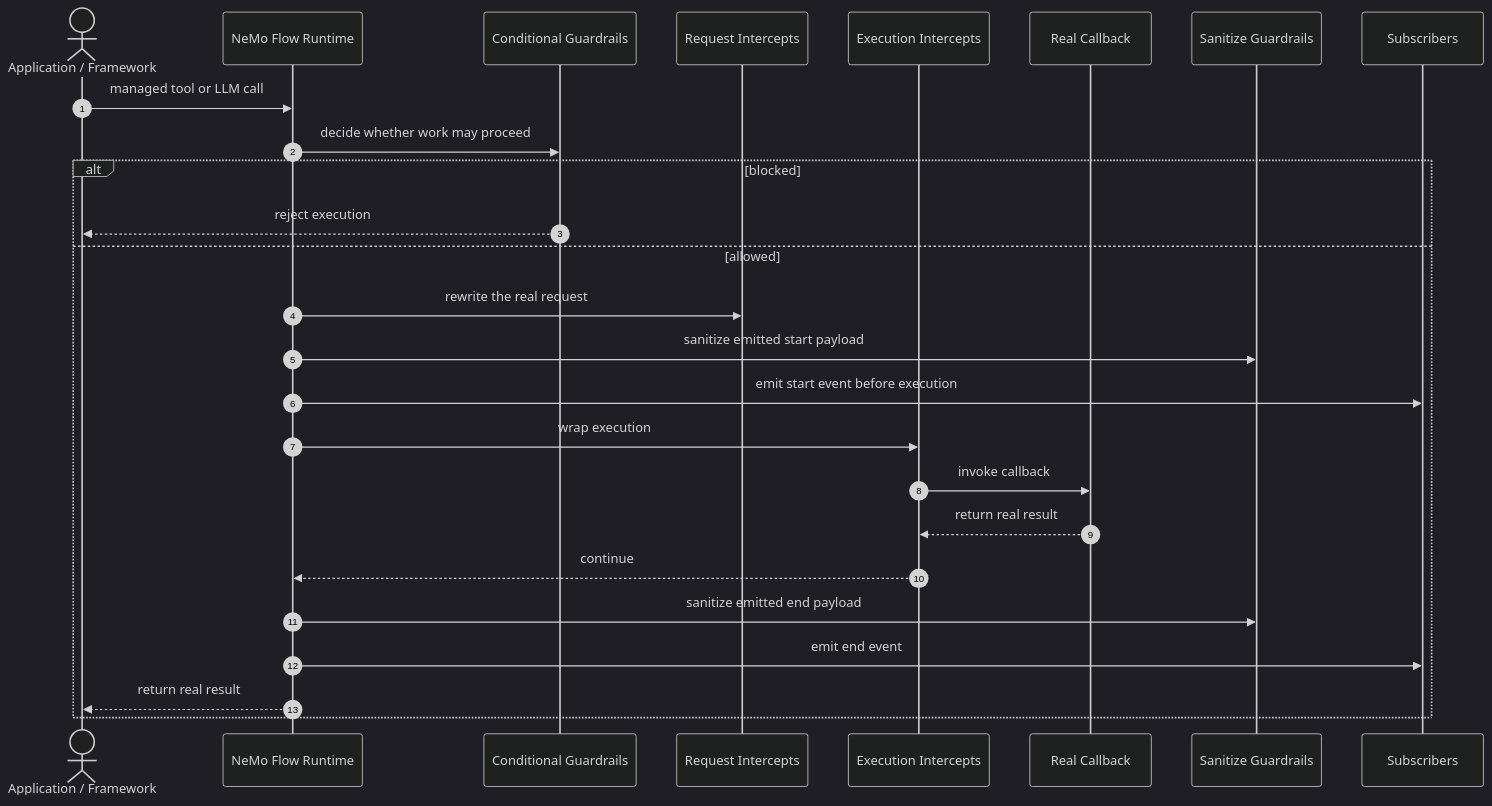
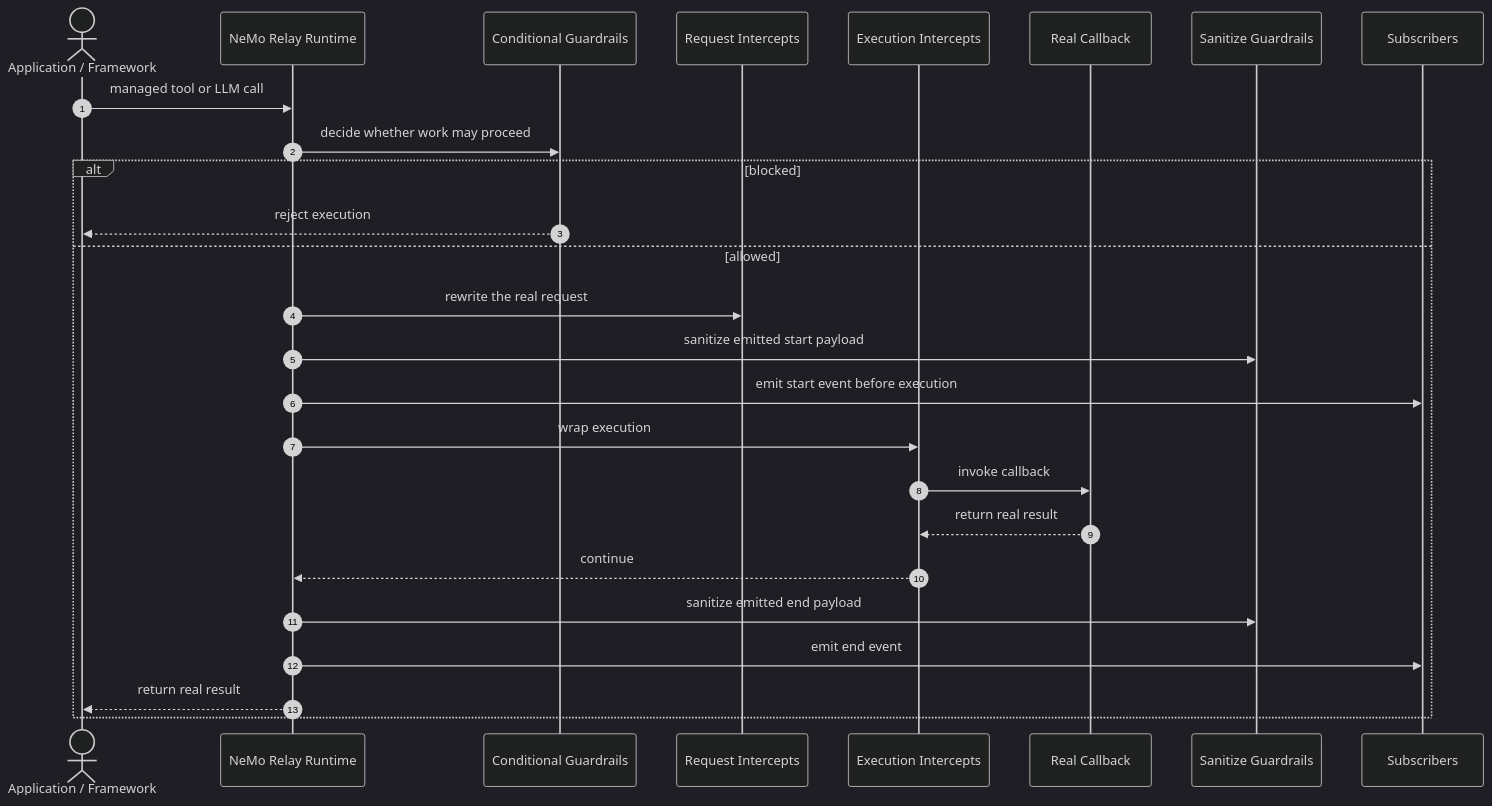
One commit to NVIDIA/NeMo-Relay changed the first of 2 diagrams in docs/about/concepts/middleware.md. Above: the diagram before and after it, drawn with Mermaid (dark theme). The commit also changed other lines of this file and 715 other files, not shown here.

````diff
--- a/docs/about/concepts/middleware.md
+++ b/docs/about/concepts/middleware.md
@@ -114,30 +114,30 @@
 ```{mermaid}
 sequenceDiagram
     autonumber
     actor Caller as Application / Framework
-    participant Runtime as NeMo Flow Runtime
+    participant Runtime as NeMo Relay Runtime
     participant Cond as Conditional Guardrails
     participant Req as Request Intercepts
     participant Exec as Execution Intercepts
     participant Callback as Real Callback
     participant San as Sanitize Guardrails
     participant Subs as Subscribers
 
     Caller->>Runtime: managed tool or LLM call
     Runtime->>Cond: decide whether work may proceed
 
     alt blocked
         Cond-->>Caller: reject execution
     else allowed
         Runtime->>Req: rewrite the real request
         Runtime->>San: sanitize emitted start payload
         Runtime->>Subs: emit start event before execution
         Runtime->>Exec: wrap execution
         Exec->>Callback: invoke callback
         Callback-->>Exec: return real result
         Exec-->>Runtime: continue
         Runtime->>San: sanitize emitted end payload
         Runtime->>Subs: emit end event
         Runtime-->>Caller: return real result
     end
 ```
````
